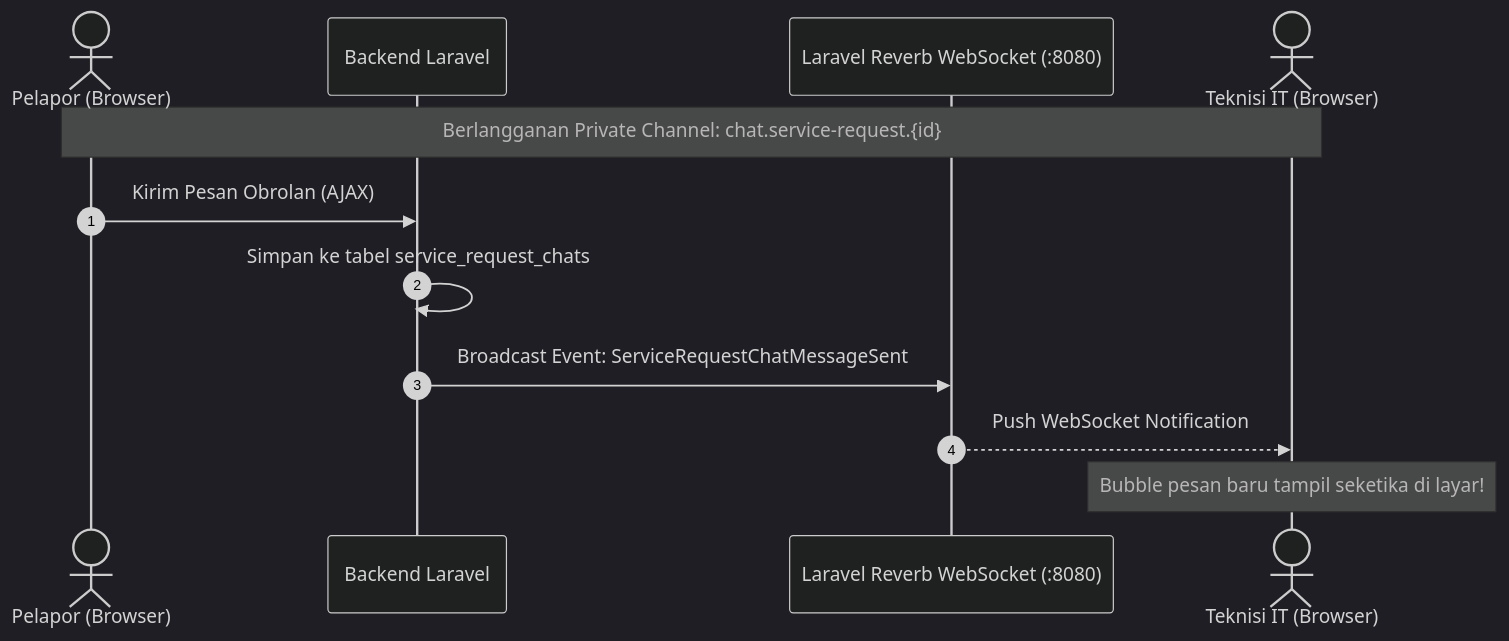
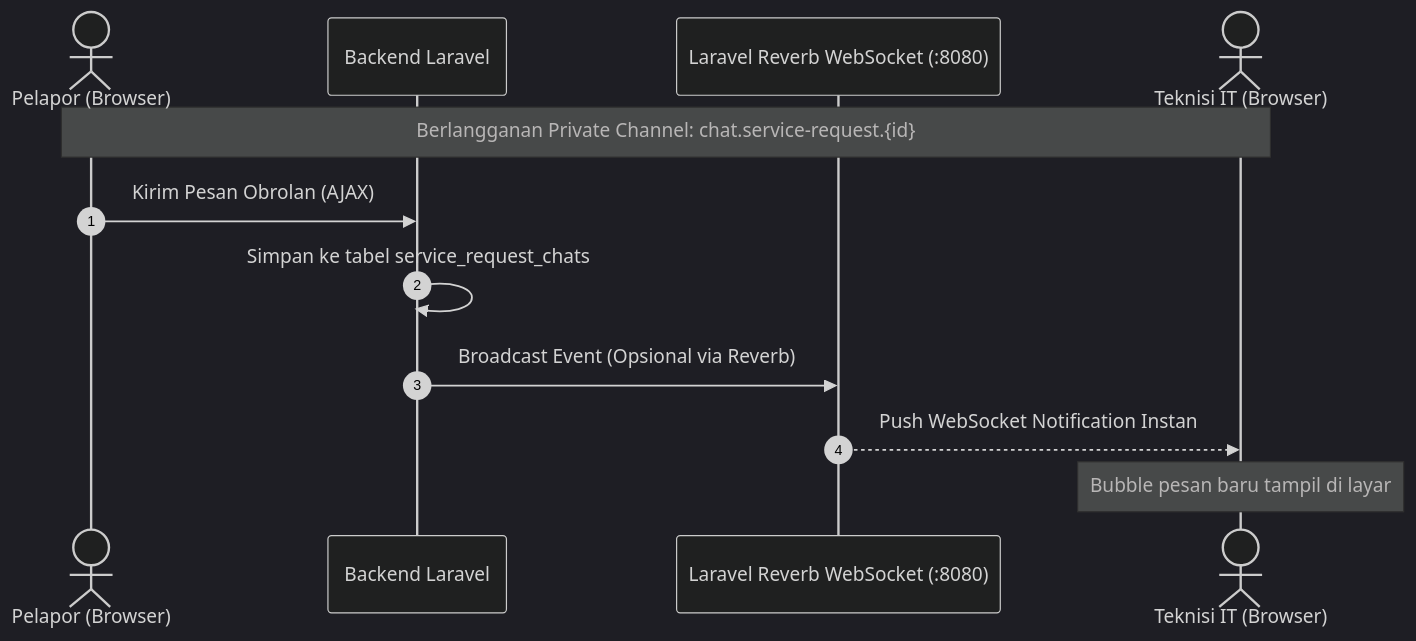
The fourth of 6 diagrams in README.md (Sultan-ci90/itsm-bpom), drawn with Mermaid (dark theme) before and after one commit. The commit also changed other lines of this file and 2 other files, not shown here.

````diff
--- a/README.md
+++ b/README.md
@@ -156,15 +172,15 @@
 ```mermaid
 sequenceDiagram
     autonumber
     actor Pelapor as Pelapor (Browser)
     participant App as Backend Laravel
     participant Reverb as Laravel Reverb WebSocket (:8080)
     actor Teknisi as Teknisi IT (Browser)
 
     Note over Pelapor,Teknisi: Berlangganan Private Channel: chat.service-request.{id}
     Pelapor->>App: Kirim Pesan Obrolan (AJAX)
     App->>App: Simpan ke tabel service_request_chats
-    App->>Reverb: Broadcast Event: ServiceRequestChatMessageSent
-    Reverb-->>Teknisi: Push WebSocket Notification
-    Note over Teknisi: Bubble pesan baru tampil seketika di layar!
+    App->>Reverb: Broadcast Event (Opsional via Reverb)
+    Reverb-->>Teknisi: Push WebSocket Notification Instan
+    Note over Teknisi: Bubble pesan baru tampil di layar
 ```
````
